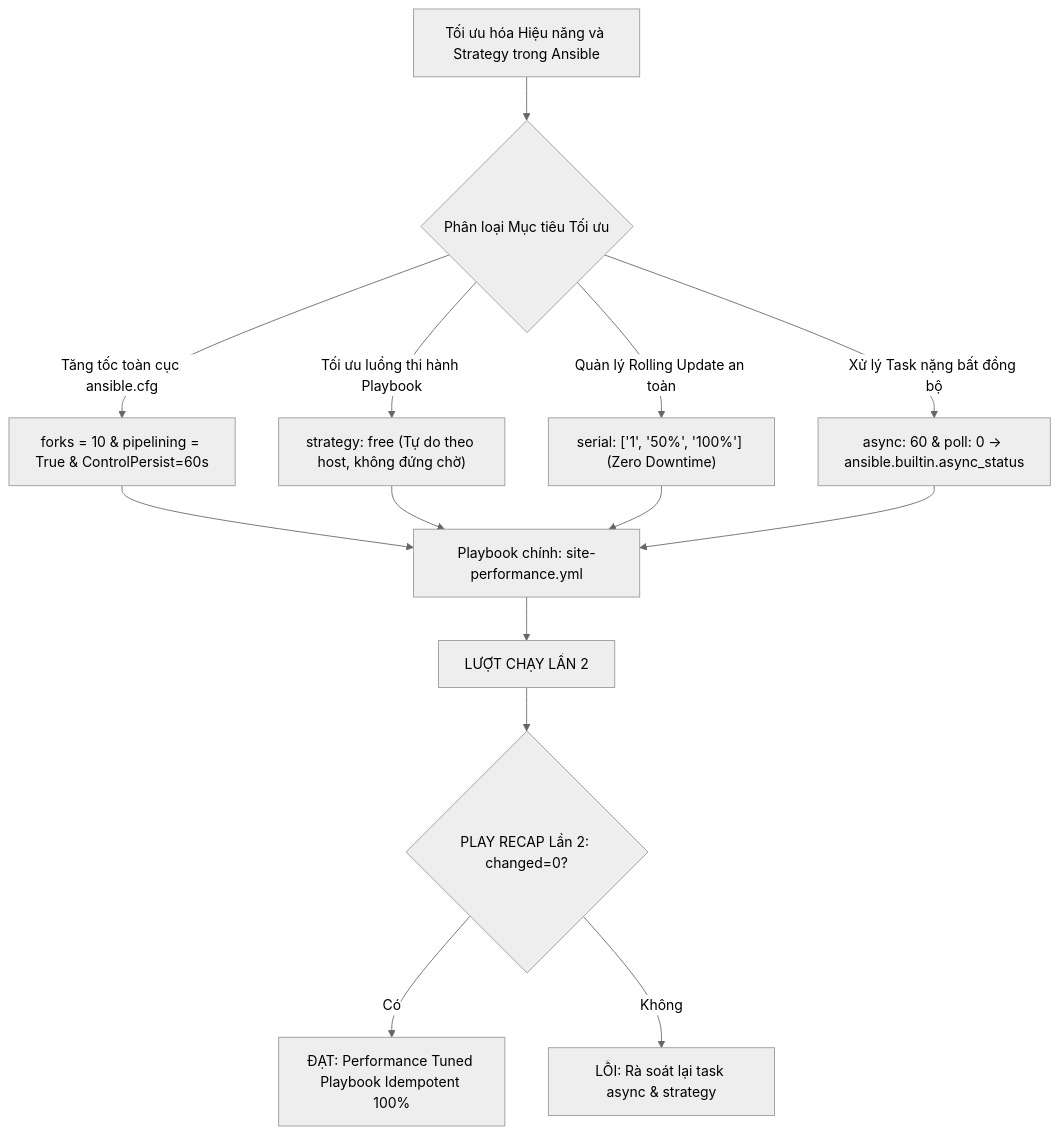
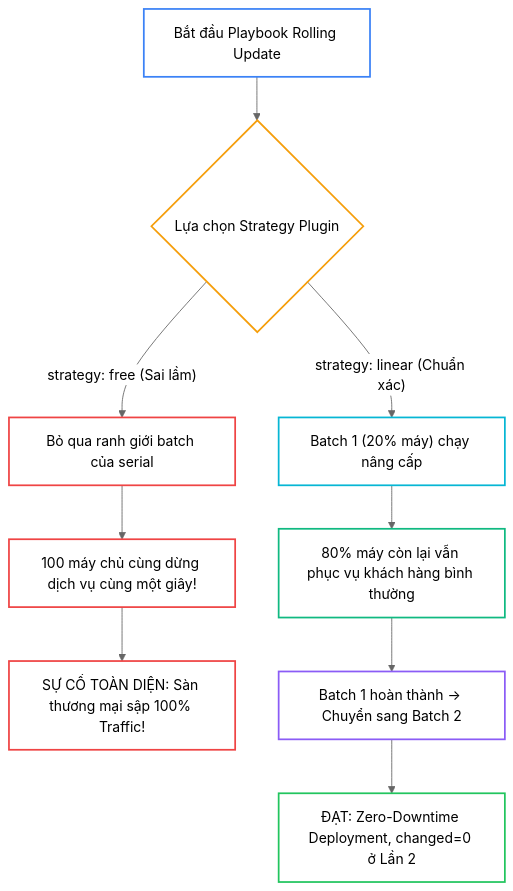
The second of 3 diagrams in _posts/2026-09-13-ansible-22-22-strategy-performance.md (kiennt308/ntk), drawn with Mermaid (neutral theme) before and after one commit. The commit also changed other lines of this file and 30 other files, not shown here.

````diff
--- a/_posts/2026-09-13-ansible-22-22-strategy-performance.md
+++ b/_posts/2026-09-13-ansible-22-22-strategy-performance.md
@@ -324,20 +229,22 @@
 ```mermaid
 flowchart TD
-    A["Tối ưu hóa Hiệu năng và Strategy trong Ansible"] --> B{"Phân loại Mục tiêu Tối ưu"}
+    A["Bắt đầu Playbook Rolling Update"] --> B{"Lựa chọn Strategy Plugin"}
+    B -->|"strategy: free (Sai lầm)"| C["Bỏ qua ranh giới batch của serial"]
+    C --> D["100 máy chủ cùng dừng dịch vụ cùng một giây!"]
+    D --> E["SỰ CỐ TOÀN DIỆN: Sàn thương mại sập 100% Traffic!"]
     
-    B -->|"Tăng tốc toàn cục ansible.cfg"| C["forks = 10 & pipelining = True & ControlPersist=60s"]
-    B -->|"Tối ưu luồng thi hành Playbook"| D["strategy: free (Tự do theo host, không đứng chờ)"]
-    B -->|"Quản lý Rolling Update an toàn"| E["serial: ['1', '50%', '100%'] (Zero Downtime)"]
-    B -->|"Xử lý Task nặng bất đồng bộ"| F["async: 60 & poll: 0 -> ansible.builtin.async_status"]
-    
-    C --> G["Playbook chính: site-performance.yml"]
-    D --> G
-    E --> G
-    F --> G
-    
-    G --> H["LƯỢT CHẠY LẦN 2"]
-    H --> I{"PLAY RECAP Lần 2: changed=0?"}
-    
-    I -- Có --> J["ĐẠT: Performance Tuned Playbook Idempotent 100%"]
-    I -- Không --> K["LỖI: Rà soát lại task async & strategy"]
+    B -->|"strategy: linear (Chuẩn xác)"| F["Batch 1 (20% máy) chạy nâng cấp"]
+    F --> G["80% máy còn lại vẫn phục vụ khách hàng bình thường"]
+    G --> H["Batch 1 hoàn thành -> Chuyển sang Batch 2"]
+    H --> I["ĐẠT: Zero-Downtime Deployment, changed=0 ở Lần 2"]
+
+    style A fill:none,stroke:#3b82f6,stroke-width:2px
+    style B fill:none,stroke:#f59e0b,stroke-width:2px
+    style C fill:none,stroke:#ef4444,stroke-width:2px
+    style D fill:none,stroke:#ef4444,stroke-width:2px
+    style E fill:none,stroke:#ef4444,stroke-width:2px
+    style F fill:none,stroke:#06b6d4,stroke-width:2px
+    style G fill:none,stroke:#10b981,stroke-width:2px
+    style H fill:none,stroke:#8b5cf6,stroke-width:2px
+    style I fill:none,stroke:#22c55e,stroke-width:2px
 ```
````
